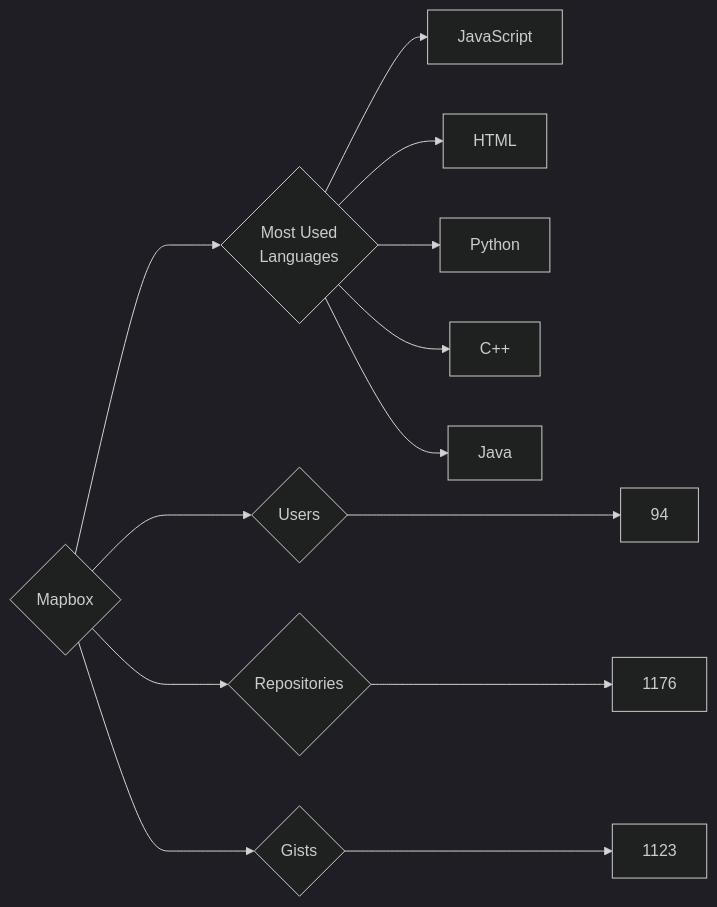
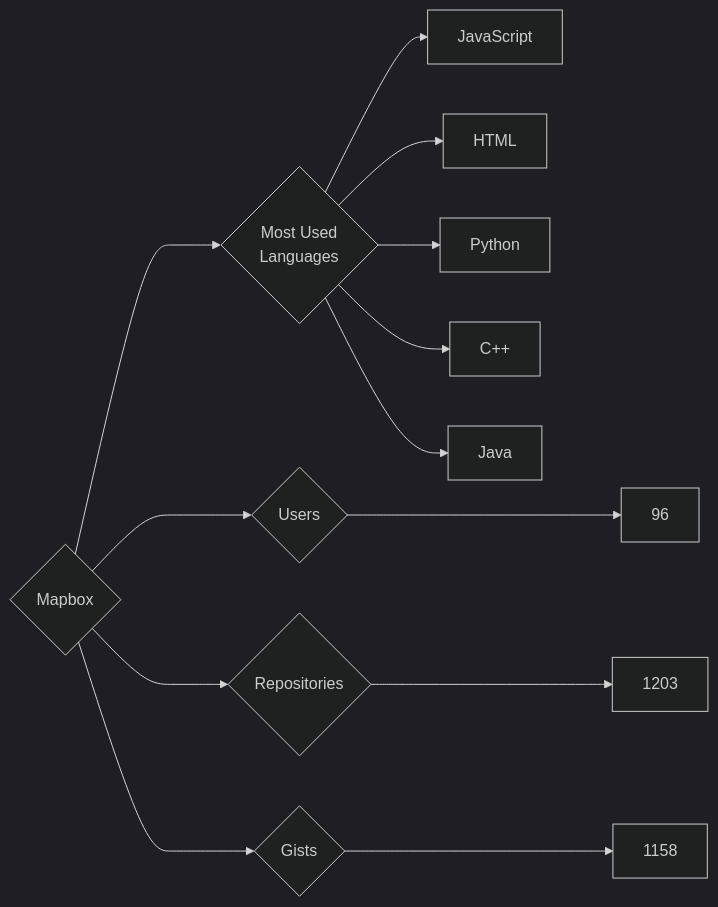
One commit to trickest/insiders changed the diagram in targets/Mapbox/README.md. Above: the diagram before and after it, drawn with Mermaid (dark theme). The commit also changed 534 other files, not shown here.

````diff
--- a/targets/Mapbox/README.md
+++ b/targets/Mapbox/README.md
@@ -3,13 +3,13 @@
 ```mermaid
 graph LR
 COMPANY_NAME{Mapbox}
-COMPANY_NAME ---> U{Users} ---> UN[94]
-COMPANY_NAME ---> R{Repositories} ---> RN[1176]
-COMPANY_NAME ---> G{Gists} ---> GN[1123]
+COMPANY_NAME ---> U{Users} ---> UN[96]
+COMPANY_NAME ---> R{Repositories} ---> RN[1203]
+COMPANY_NAME ---> G{Gists} ---> GN[1158]
 COMPANY_NAME ---> ML{Most Used<br>Languages}
 ML --> JavaScript[JavaScript]
 ML --> HTML[HTML]
 ML --> Python[Python]
 ML --> C++[C++]
 ML --> Java[Java]
 ```
````
